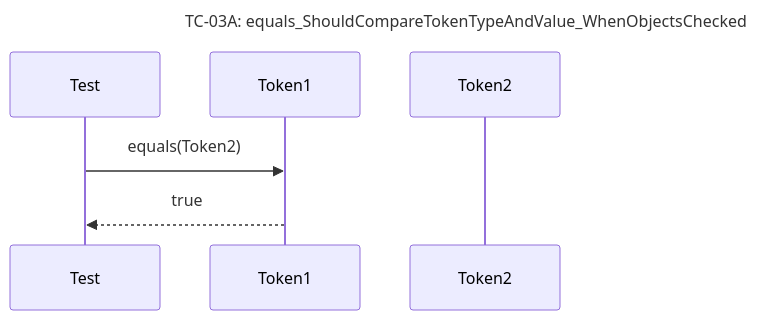
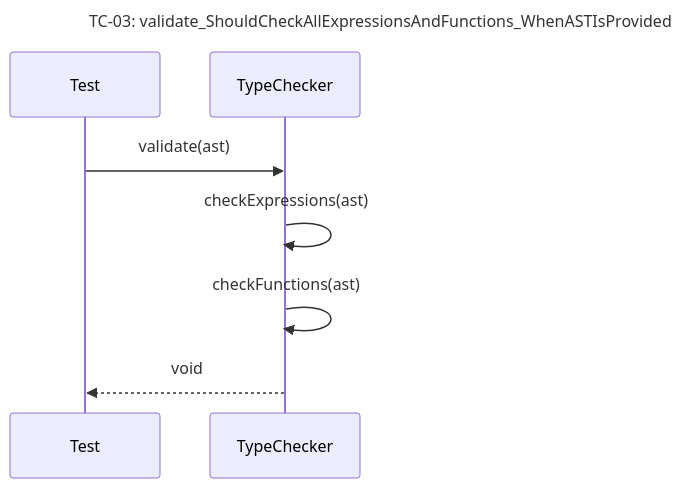
Diagram 13 of 30 in docs/unit_test/query_prossor/SequeceTestCase.md (Dikhang1112/Database_Management_BBV), drawn with Mermaid before and after one commit. The commit also changed other lines of this file and 2 other files, not shown here.

Commit message:
Add unit test for senetic analysis

````diff
--- a/docs/unit_test/query_prossor/SequeceTestCase.md
+++ b/docs/unit_test/query_prossor/SequeceTestCase.md
@@ -174,10 +193,11 @@
 ```mermaid
 sequenceDiagram
-    title TC-03A: equals_ShouldCompareTokenTypeAndValue_WhenObjectsChecked
+    title TC-03: validate_ShouldCheckAllExpressionsAndFunctions_WhenASTIsProvided
     participant Test
-    participant Token1
-    participant Token2
+    participant TypeChecker
 
-    Test->>Token1: equals(Token2)
-    Token1-->>Test: true
+    Test->>TypeChecker: validate(ast)
+    TypeChecker->>TypeChecker: checkExpressions(ast)
+    TypeChecker->>TypeChecker: checkFunctions(ast)
+    TypeChecker-->>Test: void
 ```
````
